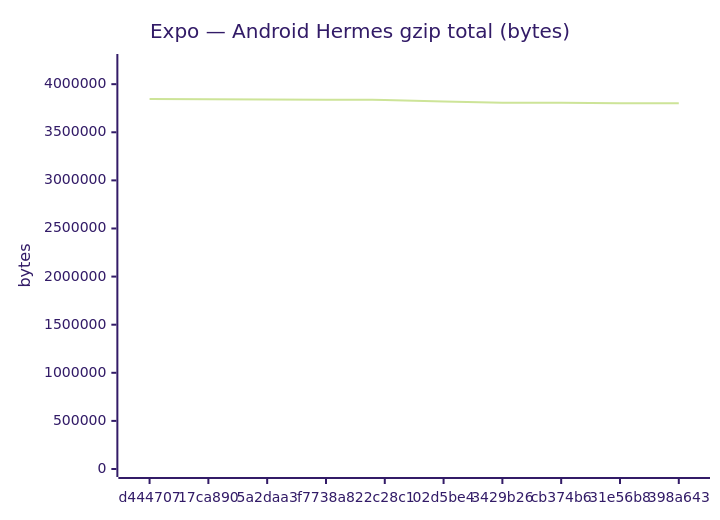
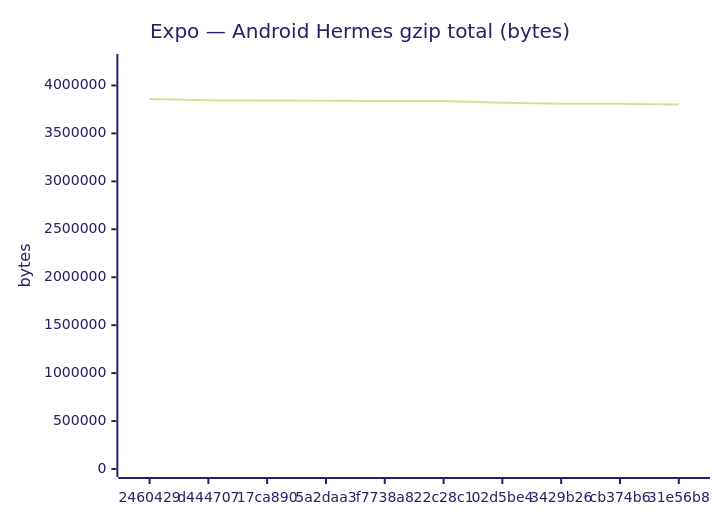
The fifth of 18 diagrams in benchmarks/compare.md (Metaheurist/Rianell), drawn with Mermaid (forest theme) before and after one commit. The commit also changed other lines of this file and 11 other files, not shown here.

````diff
--- a/benchmarks/compare.md
+++ b/benchmarks/compare.md
@@ -89,7 +89,7 @@
 ```mermaid
 xychart-beta
     title "Expo — Android Hermes gzip total (bytes)"
-    x-axis ["d444707", "17ca890", "5a2daa3", "f7738a8", "22c28c1", "02d5be4", "3429b26", "cb374b6", "31e56b8", "398a643"]
-    y-axis "bytes" 0 --> 4230496
-    line [3845905, 3843474, 3841087, 3837618, 3836645, 3819535, 3807947, 3807947, 3802529, 3802528]
+    x-axis ["2460429", "d444707", "17ca890", "5a2daa3", "f7738a8", "22c28c1", "02d5be4", "3429b26", "cb374b6", "31e56b8"]
+    y-axis "bytes" 0 --> 4244641
+    line [3858764, 3845905, 3843474, 3841087, 3837618, 3836645, 3819535, 3807947, 3807947, 3802529]
 ```
````
